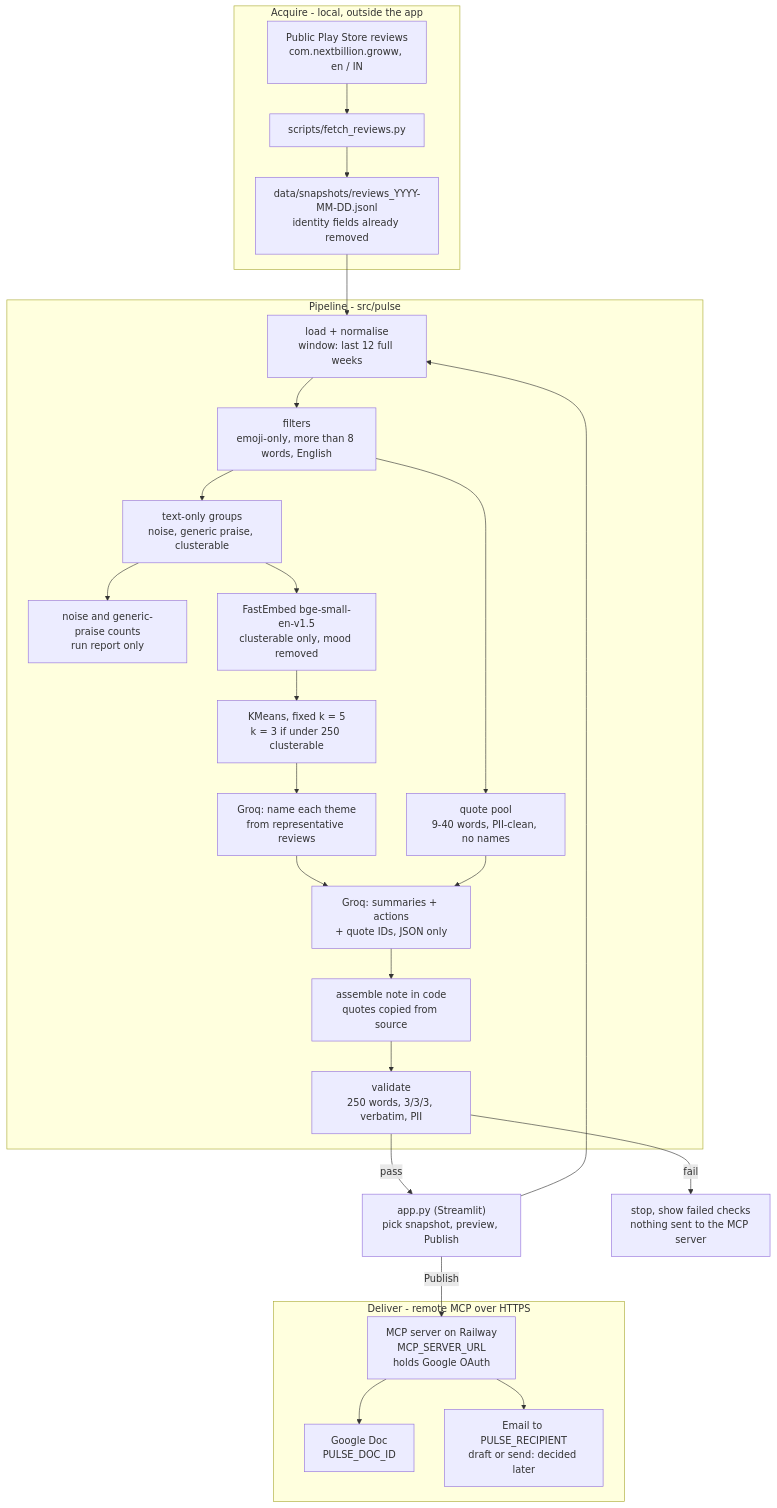
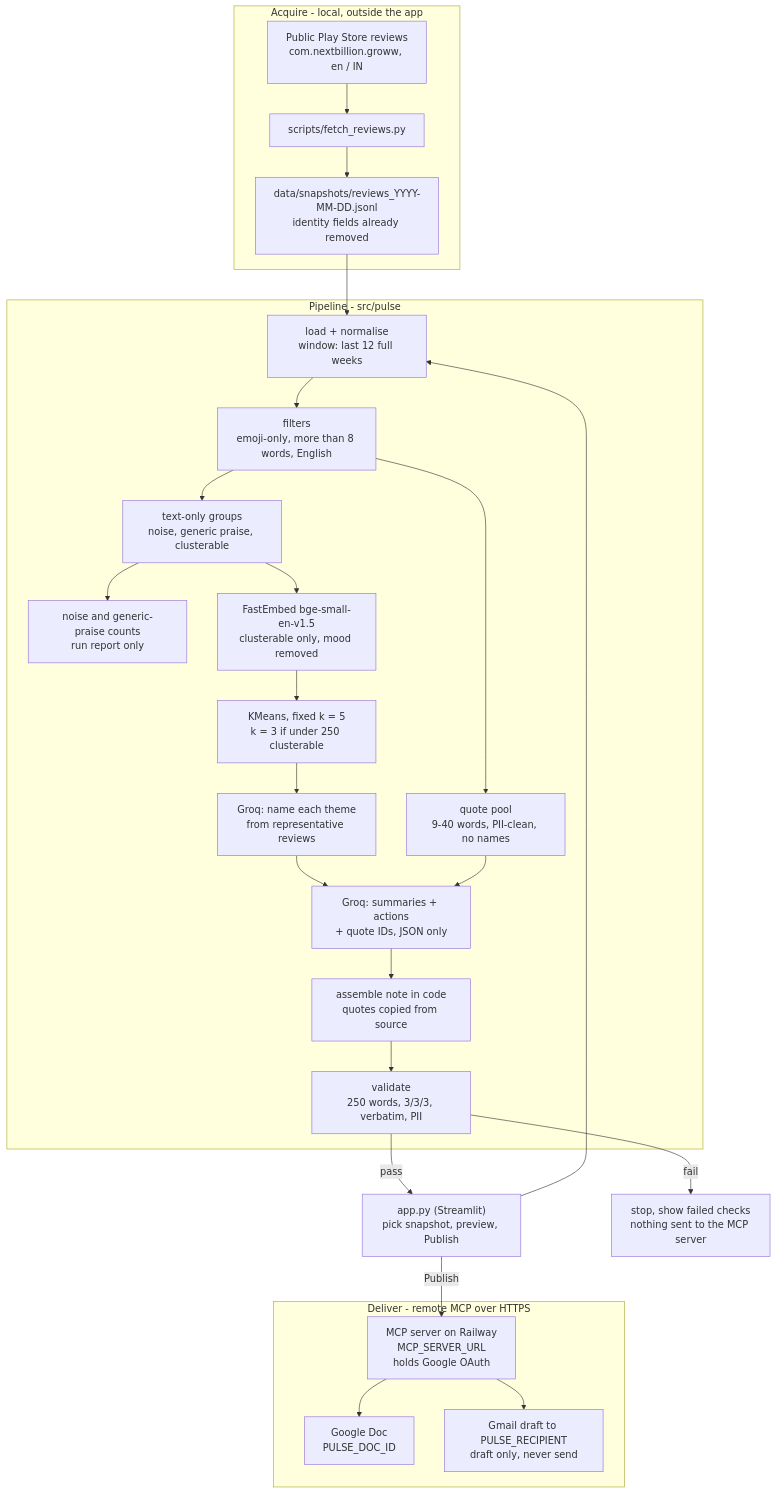
One commit to rajmitra1789/groww-review-pulse changed the diagram in docs/architecture.md. Above: the diagram before and after it, drawn with Mermaid. The commit also changed other lines of this file and 11 other files, not shown here.

````diff
--- a/docs/architecture.md
+++ b/docs/architecture.md
@@ -19,44 +19,44 @@
 ```mermaid
 flowchart TD
     subgraph acquire [Acquire - local, outside the app]
         Source["Public Play Store reviews<br/>com.nextbillion.groww, en / IN"]
         Fetch["scripts/fetch_reviews.py"]
         Snapshot["data/snapshots/reviews_YYYY-MM-DD.jsonl<br/>identity fields already removed"]
         Source --> Fetch --> Snapshot
     end
 
     subgraph pipeline [Pipeline - src/pulse]
         Load["load + normalise<br/>window: last 12 full weeks"]
         Filter["filters<br/>emoji-only, more than 8 words, English"]
         Buckets["text-only groups<br/>noise, generic praise, clusterable"]
         Report["noise and generic-praise counts<br/>run report only"]
         Embed["FastEmbed bge-small-en-v1.5<br/>clusterable only, mood removed"]
         Cluster["KMeans, fixed k = 5<br/>k = 3 if under 250 clusterable"]
         Label["Groq: name each theme<br/>from representative reviews"]
         Pool["quote pool<br/>9-40 words, PII-clean, no names"]
         Compose["Groq: summaries + actions<br/>+ quote IDs, JSON only"]
         Assemble["assemble note in code<br/>quotes copied from source"]
         Validate["validate<br/>250 words, 3/3/3, verbatim, PII"]
         Load --> Filter --> Buckets --> Embed --> Cluster --> Label
         Buckets --> Report
         Filter --> Pool
         Label --> Compose
         Pool --> Compose
         Compose --> Assemble --> Validate
     end
 
     subgraph deliver [Deliver - remote MCP over HTTPS]
         MCP["MCP server on Railway<br/>MCP_SERVER_URL<br/>holds Google OAuth"]
         Doc["Google Doc<br/>PULSE_DOC_ID"]
-        Mail["Email to PULSE_RECIPIENT<br/>draft or send: decided later"]
+        Mail["Gmail draft to PULSE_RECIPIENT<br/>draft only, never send"]
         MCP --> Doc
         MCP --> Mail
     end
 
     UI["app.py (Streamlit)<br/>pick snapshot, preview, Publish"]
     Snapshot --> Load
     UI --> Load
     Validate -->|pass| UI
     Validate -->|fail| Stop["stop, show failed checks<br/>nothing sent to the MCP server"]
     UI -->|"Publish"| MCP
 ```
````
